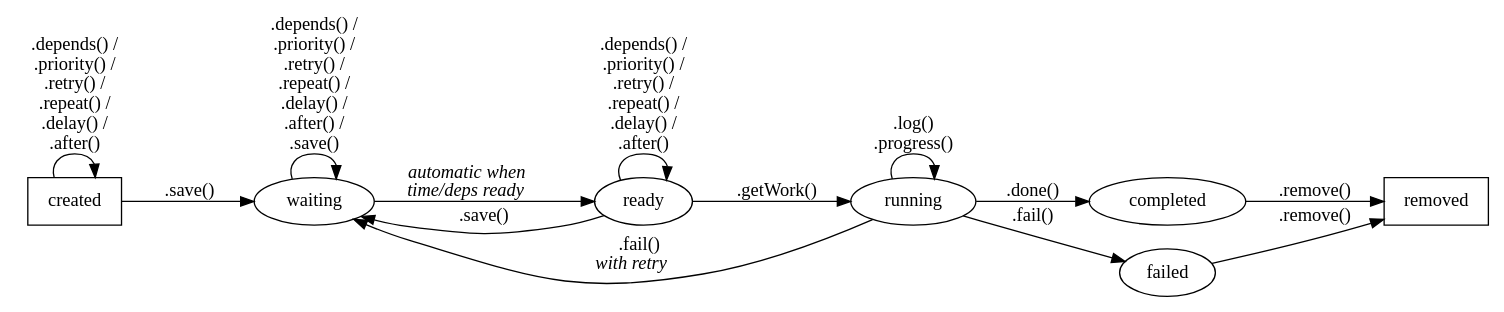
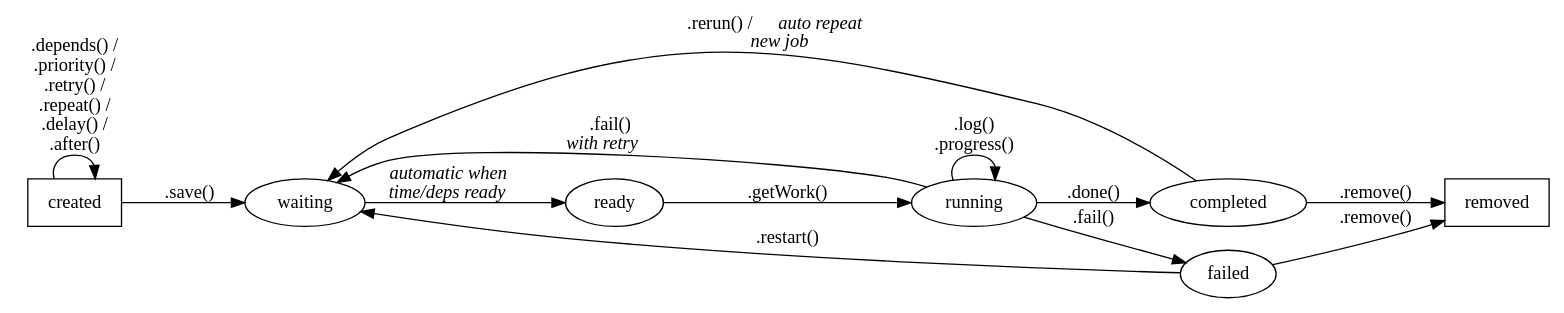
The diagram in doc/normal-states.dot (vsivsi/meteor-job), drawn with Graphviz before and after one commit. The commit also changed 11 other files, not shown here.

Commit message:
Added job.rerun() and @rerunJobs(). Only paused and unsaved jobs can be saved.  Jobs can be paused / resumed before they are saved.

```diff
--- a/doc/normal-states.dot
+++ b/doc/normal-states.dot
@@ -1,25 +1,24 @@
 digraph jobStatus {
 
   graph [splines="spline" mclimit=20.0 ratio=auto rankdir=LR]
 
   created [shape=box];
   waiting;
   ready;
   running;
   completed;
   failed;
   removed [shape=box];
   created -> waiting [label=".save()" weight=100.0];
   waiting -> ready [label=<<I>automatic when<br/>time/deps ready</I>> weight=100.0];
-  ready -> waiting [label=".save()"]
   ready -> running [label=".getWork()" weight=100.0];
   running -> completed [label=".done()" weight=100.0];
   running -> failed [label=".fail()"];
   running -> waiting [label=<.fail()<BR/><I>with retry</I>>];
   completed -> removed [label=".remove()" weight=100.0];
   failed -> removed [label=".remove()"];
+  completed -> waiting [label=<.rerun() / <I>auto repeat</I><BR/><I>new job</I>>];
+  failed -> waiting [label=".restart()"];
   created -> created [label=".depends() /\n.priority() /\n.retry() /\n.repeat() /\n.delay() /\n.after()"];
-  waiting -> waiting [label=".depends() /\n.priority() /\n.retry() /\n.repeat() /\n.delay() /\n.after() /\n.save()"];
-  ready -> ready [label=".depends() /\n.priority() /\n.retry() /\n.repeat() /\n.delay() /\n.after()"];
   running -> running [label=".log()\n.progress()"];
 }
```
